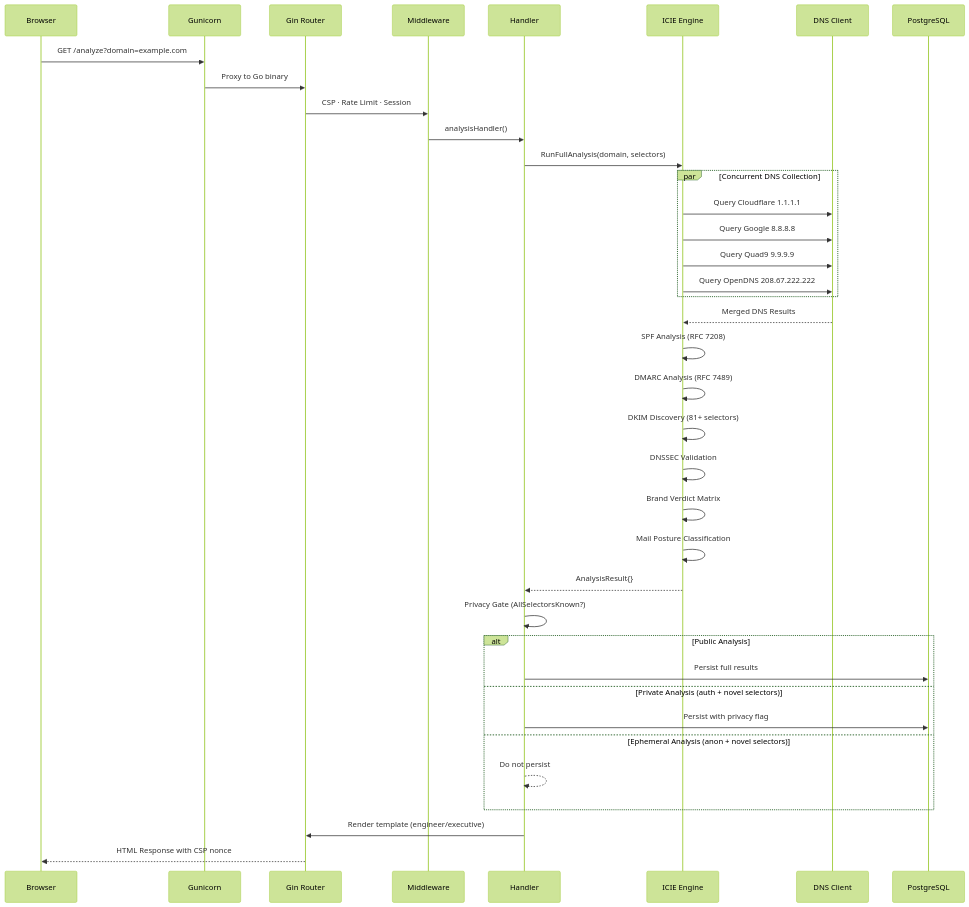
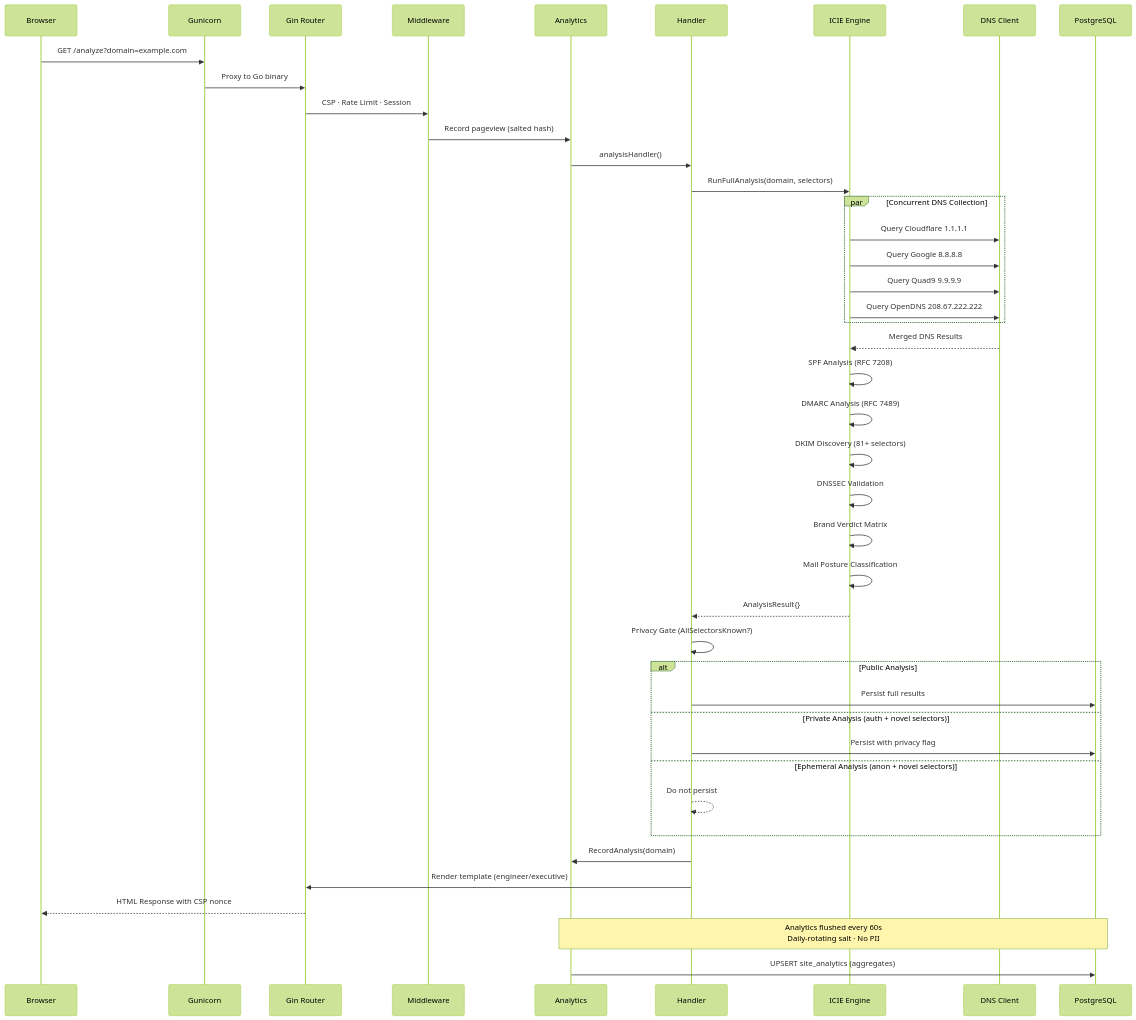
Before and after one commit to careyjames/DnsToolWeb: the sixth of 7 diagrams in docs/architecture/SYSTEM_ARCHITECTURE.md, drawn with Mermaid (forest theme). The commit also changed other lines of this file and 9 other files, not shown here.

````diff
--- a/docs/architecture/SYSTEM_ARCHITECTURE.md
+++ b/docs/architecture/SYSTEM_ARCHITECTURE.md
@@ -325,49 +329,56 @@
 ```mermaid
 sequenceDiagram
     participant B as Browser
     participant G as Gunicorn
     participant R as Gin Router
     participant MW as Middleware
+    participant AN as Analytics
     participant H as Handler
     participant ICIE as ICIE Engine
     participant DNS as DNS Client
     participant DB as PostgreSQL
 
     B->>G: GET /analyze?domain=example.com
     G->>R: Proxy to Go binary
     R->>MW: CSP · Rate Limit · Session
-    MW->>H: analysisHandler()
+    MW->>AN: Record pageview (salted hash)
+    AN->>H: analysisHandler()
     
     H->>ICIE: RunFullAnalysis(domain, selectors)
     
     par Concurrent DNS Collection
         ICIE->>DNS: Query Cloudflare 1.1.1.1
         ICIE->>DNS: Query Google 8.8.8.8
         ICIE->>DNS: Query Quad9 9.9.9.9
         ICIE->>DNS: Query OpenDNS 208.67.222.222
     end
     
     DNS-->>ICIE: Merged DNS Results
     
     ICIE->>ICIE: SPF Analysis (RFC 7208)
     ICIE->>ICIE: DMARC Analysis (RFC 7489)
     ICIE->>ICIE: DKIM Discovery (81+ selectors)
     ICIE->>ICIE: DNSSEC Validation
     ICIE->>ICIE: Brand Verdict Matrix
     ICIE->>ICIE: Mail Posture Classification
     
     ICIE-->>H: AnalysisResult{}
     
     H->>H: Privacy Gate (AllSelectorsKnown?)
     
     alt Public Analysis
         H->>DB: Persist full results
     else Private Analysis (auth + novel selectors)
         H->>DB: Persist with privacy flag
     else Ephemeral Analysis (anon + novel selectors)
         H-->>H: Do not persist
     end
     
+    H->>AN: RecordAnalysis(domain)
+    
     H->>R: Render template (engineer/executive)
     R-->>B: HTML Response with CSP nonce
+    
+    Note over AN,DB: Analytics flushed every 60s<br/>Daily-rotating salt · No PII
+    AN->>DB: UPSERT site_analytics (aggregates)
 ```
````
